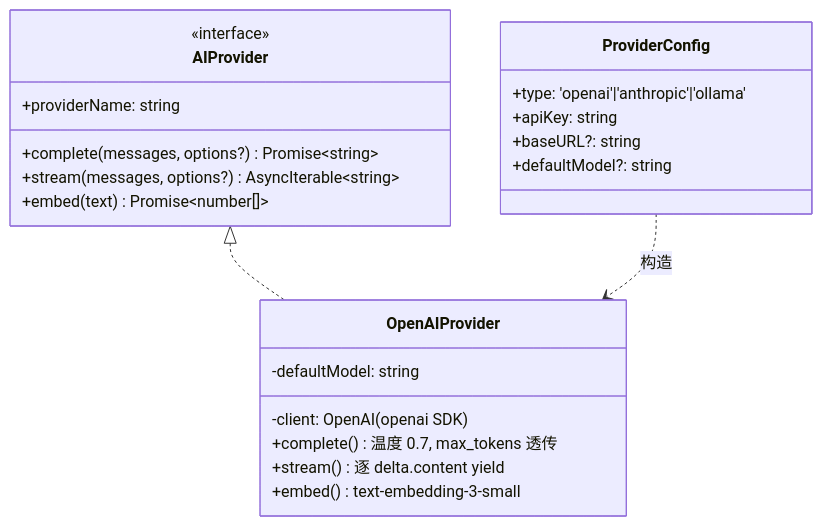
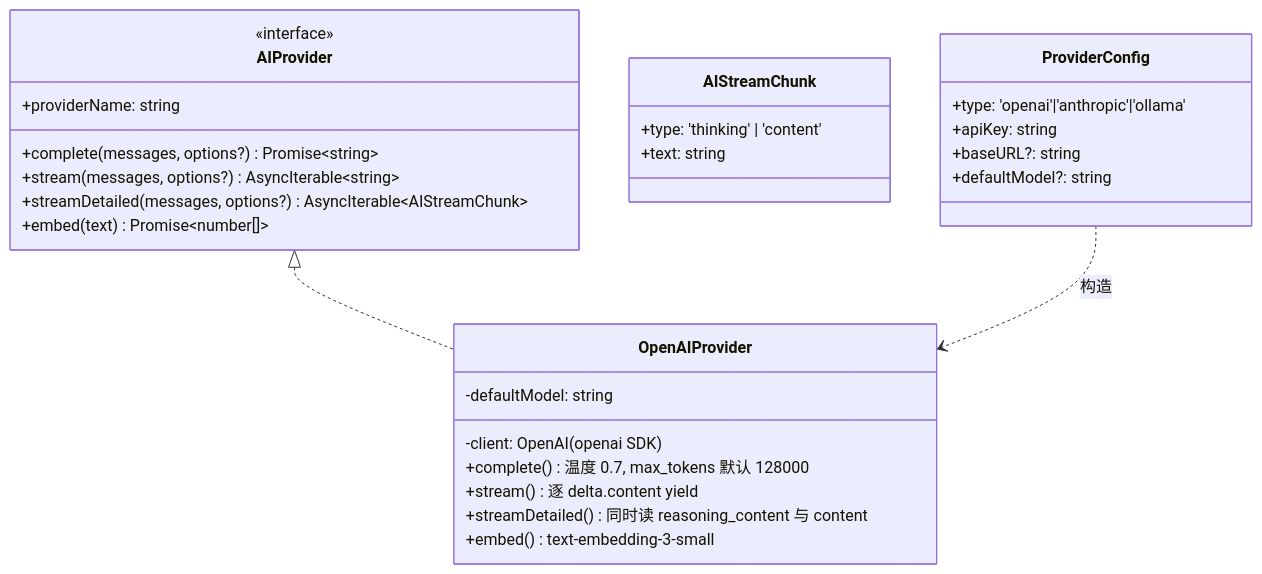
Before and after one commit to lazyloadbox/smart-tech-writter: the first of 3 diagrams in docs/architecture/04-ai-layer.md, drawn with Mermaid. The commit also changed other lines of this file and 101 other files, not shown here.

````diff
--- a/docs/architecture/04-ai-layer.md
+++ b/docs/architecture/04-ai-layer.md
@@ -7,25 +7,31 @@
 ```mermaid
 classDiagram
     class AIProvider {
         <<interface>>
         +providerName: string
         +complete(messages, options?) Promise~string~
         +stream(messages, options?) AsyncIterable~string~
+        +streamDetailed(messages, options?) AsyncIterable~AIStreamChunk~
         +embed(text) Promise~number[]~
+    }
+    class AIStreamChunk {
+        +type: 'thinking' | 'content'
+        +text: string
     }
     class ProviderConfig {
         +type: 'openai'|'anthropic'|'ollama'
         +apiKey: string
         +baseURL?: string
         +defaultModel?: string
     }
     class OpenAIProvider {
         -client: OpenAI (openai SDK)
         -defaultModel: string
-        +complete() 温度 0.7, max_tokens 透传
+        +complete() 温度 0.7, max_tokens 默认 128000
         +stream() 逐 delta.content yield
+        +streamDetailed() 同时读 reasoning_content 与 content
         +embed() text-embedding-3-small
     }
     AIProvider <|.. OpenAIProvider
     ProviderConfig ..> OpenAIProvider: 构造
 ```
````
